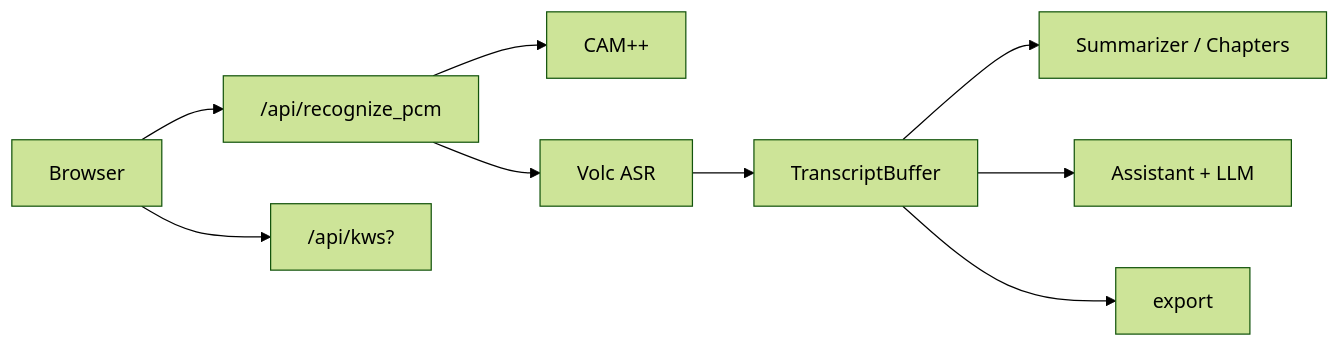
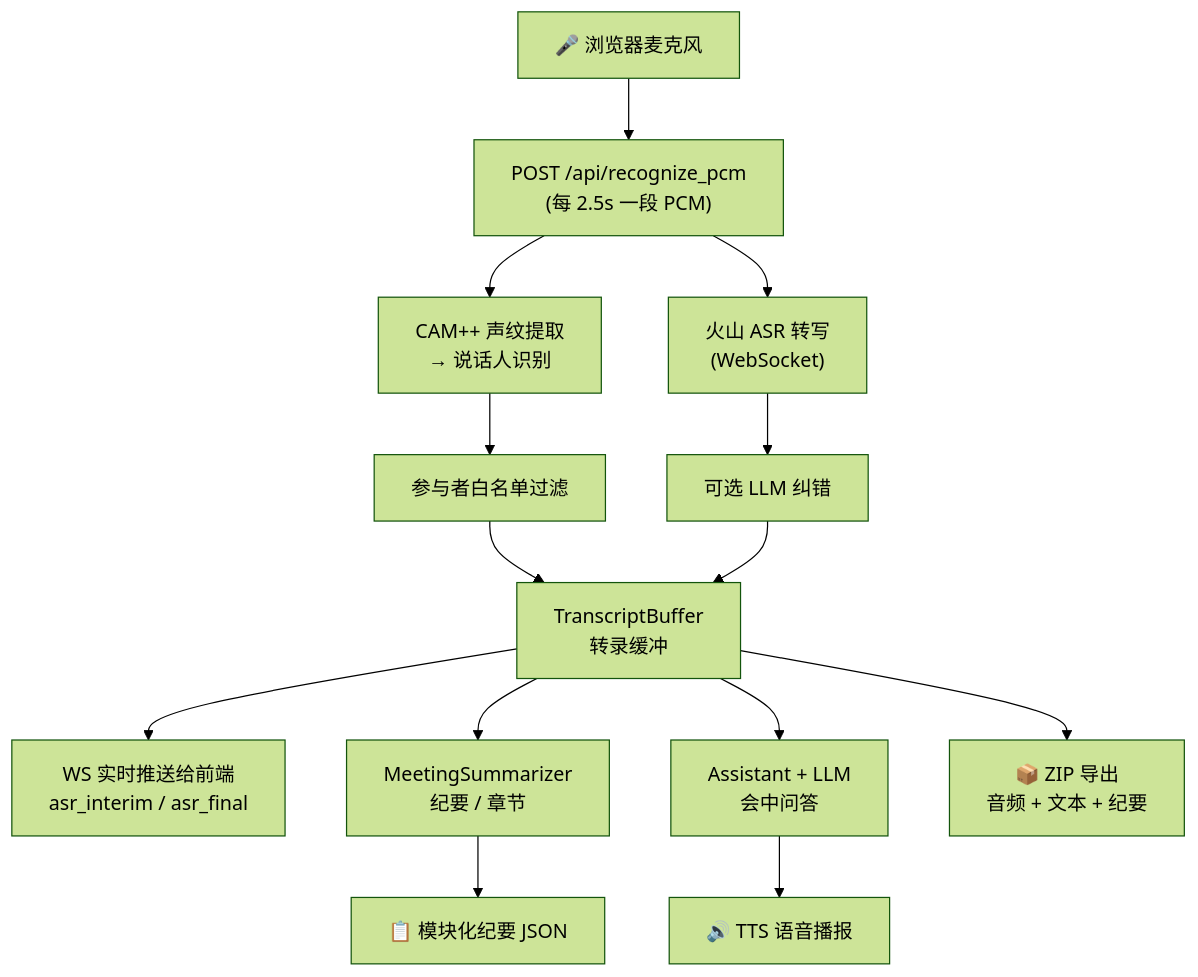
Before and after one commit to dengyao1/EchoPass: the diagram in README.md, drawn with Mermaid (forest theme). The commit also changed other lines of this file and 2 other files, not shown here.

````diff
--- a/README.md
+++ b/README.md
@@ -21,11 +89,16 @@
 ```mermaid
-flowchart LR
-    A[Browser] --> B["/api/recognize_pcm"]
-    A --> C["/api/kws?"]
-    B --> D[CAM++]
-    B --> E[Volc ASR]
-    E --> F[TranscriptBuffer]
-    F --> G[Summarizer / Chapters]
-    F --> H[Assistant + LLM]
-    F --> I[export]
+flowchart TB
+    A[🎤 浏览器麦克风] --> B["POST /api/recognize_pcm<br/>(每 2.5s 一段 PCM)"]
+    B --> C["CAM++ 声纹提取<br/>→ 说话人识别"]
+    B --> D["火山 ASR 转写<br/>(WebSocket)"]
+    C --> E["参与者白名单过滤"]
+    D --> F["可选 LLM 纠错"]
+    E --> G[TranscriptBuffer<br/>转录缓冲]
+    F --> G
+    G --> H["WS 实时推送给前端<br/>asr_interim / asr_final"]
+    G --> I["MeetingSummarizer<br/>纪要 / 章节"]
+    G --> J["Assistant + LLM<br/>会中问答"]
+    I --> K["📋 模块化纪要 JSON"]
+    J --> L["🔊 TTS 语音播报"]
+    G --> M["📦 ZIP 导出<br/>音频 + 文本 + 纪要"]
 ```
````
